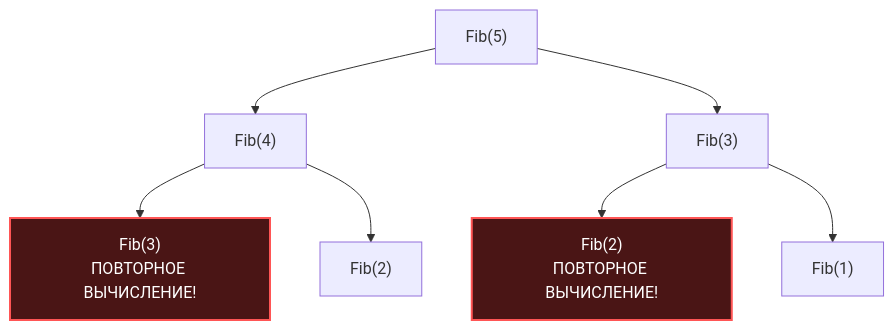
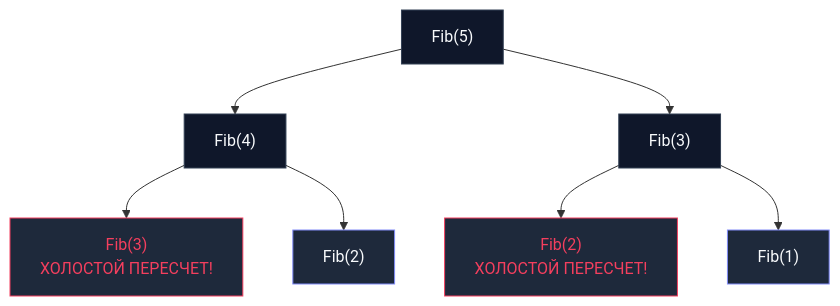
One commit to UnrealTemplier/go-textbook changed the diagram in sources/20. Алгоритмы и структуры данных (DSA) на Go/10. Алгоритмические парадигмы/3. Dynamic programming - динамическое программирование.md. Above: the diagram before and after it, drawn with Mermaid. The commit also changed other lines of this file, not shown here.

````diff
--- a/sources/20. Алгоритмы и структуры данных (DSA) на Go/10. Алгоритмические парадигмы/3. Dynamic programming - динамическое программирование.md
+++ b/sources/20. Алгоритмы и структуры данных (DSA) на Go/10. Алгоритмические парадигмы/3. Dynamic programming - динамическое программирование.md
@@ -18,14 +21,19 @@
 ```mermaid
 flowchart TD
     F5["Fib(5)"] --> F4["Fib(4)"]
     F5 --> F3_1["Fib(3)"]
     
-    F4 --> F3_2["Fib(3)<br>ПОВТОРНОЕ ВЫЧИСЛЕНИЕ!"]
+    F4 --> F3_2["Fib(3)<br/>ХОЛОСТОЙ ПЕРЕСЧЕТ!"]
     F4 --> F2_1["Fib(2)"]
     
-    F3_1 --> F2_2["Fib(2)<br>ПОВТОРНОЕ ВЫЧИСЛЕНИЕ!"]
+    F3_1 --> F2_2["Fib(2)<br/>ХОЛОСТОЙ ПЕРЕСЧЕТ!"]
     F3_1 --> F1_1["Fib(1)"]
-    
-    style F3_2 fill:#4a1515,stroke:#ff5555,stroke-width:2px,color:#fff
-    style F2_2 fill:#4a1515,stroke:#ff5555,stroke-width:2px,color:#fff
+
+    classDef default fill:#0f172a,stroke:#334155,color:#f8fafc
+    classDef wasted fill:#1e293b,stroke:#f43f5e,color:#f43f5e
+    classDef branch fill:#1e293b,stroke:#818cf8,color:#f8fafc
+
+    class F5,F4,F3_1 default
+    class F2_1,F1_1 branch
+    class F3_2,F2_2 wasted
 ```
````
